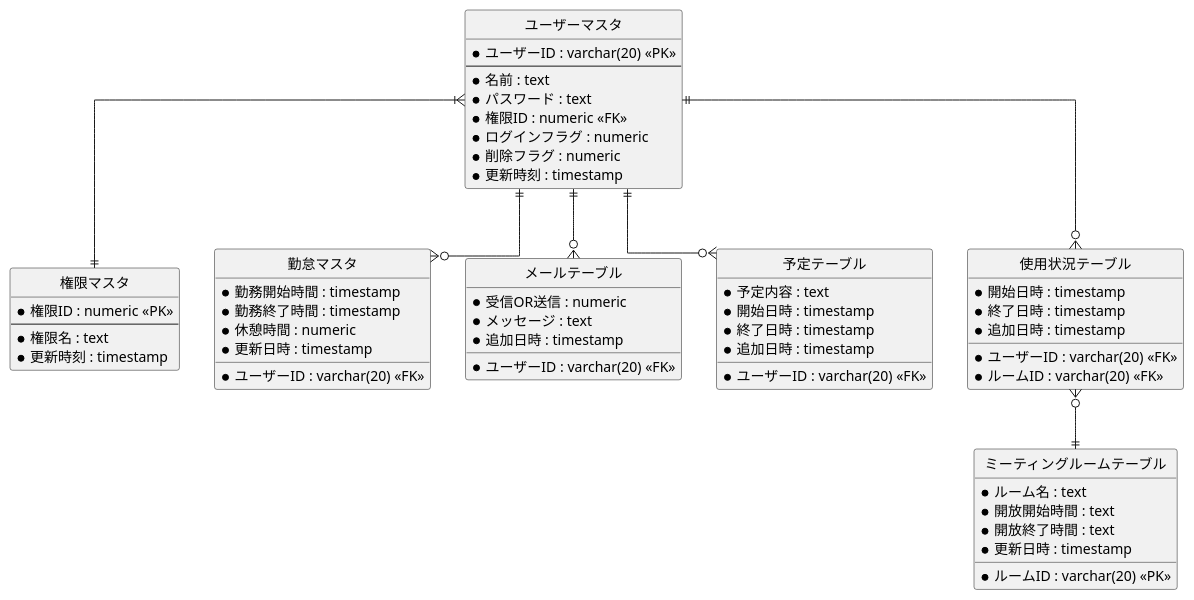
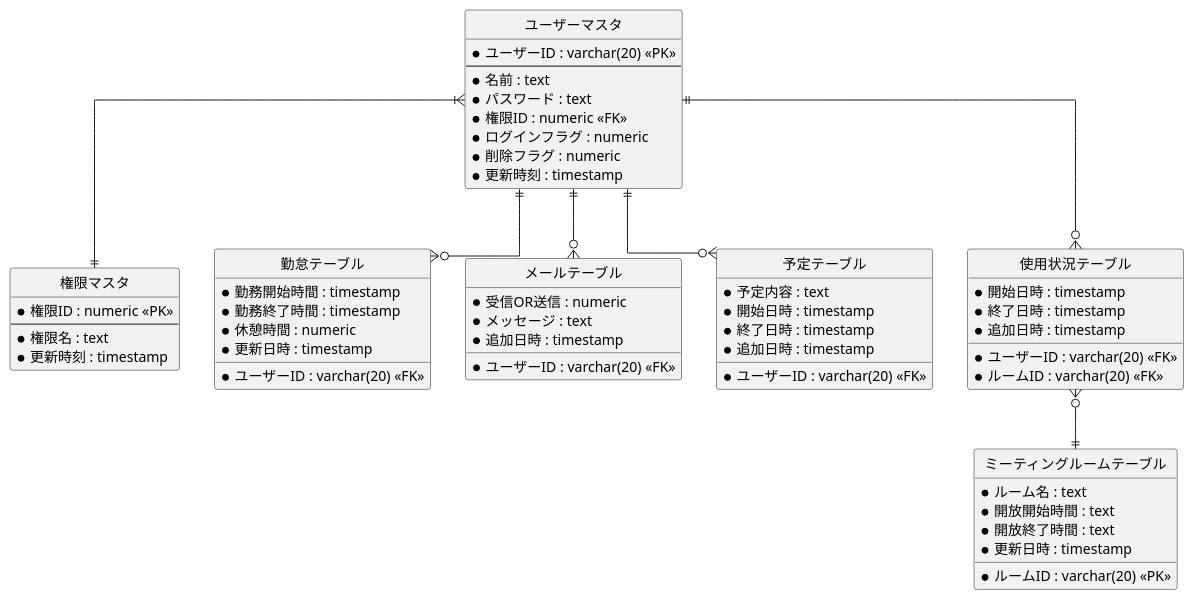
The diagram in ER図/ER図.pu (R-SAIKI/practiceUML), drawn with PlantUML before and after one commit. The commit also changed 9 other files, not shown here.

```diff
--- a/ER図/ER図.pu
+++ b/ER図/ER図.pu
@@ -1,73 +1,73 @@
 @startuml
 
 ' hide the spot
 hide circle
 
 ' avoid problems with angled crows feet
 skinparam linetype ortho
 
 entity "ユーザーマスタ" as user {
   *ユーザーID : varchar(20) <<PK>>
   --
   *名前 : text
   *パスワード : text
   *権限ID : numeric <<FK>>
   *ログインフラグ : numeric
   *削除フラグ : numeric
   *更新時刻 : timestamp
 }
 
 entity "権限マスタ" as auth {
   *権限ID : numeric <<PK>> 
   --
   *権限名 : text
   *更新時刻 : timestamp
 }
 
-entity "勤怠マスタ" as attend {
+entity "勤怠テーブル" as attend {
   *ユーザーID : varchar(20) <<FK>>
   *勤務開始時間 : timestamp
   *勤務終了時間 : timestamp 
   *休憩時間 : numeric
   *更新日時 : timestamp
 }
 
 entity "メールテーブル" as mail {
   *ユーザーID : varchar(20) <<FK>>
   *受信OR送信 : numeric
   *メッセージ : text
   *追加日時 : timestamp
 }
 
 entity "予定テーブル" as plan {
   *ユーザーID : varchar(20) <<FK>>
   *予定内容 : text
   *開始日時 : timestamp
   *終了日時 : timestamp 
   *追加日時 : timestamp
 }
 
 entity "ミーティングルームテーブル" as meeting {
   *ルームID : varchar(20) <<PK>>
   *ルーム名 : text 
   *開放開始時間 : text
   *開放終了時間 : text
   *更新日時 : timestamp
 }
 
 entity "使用状況テーブル" as use {
   *ユーザーID : varchar(20) <<FK>>
   *ルームID : varchar(20) <<FK>>
   *開始日時 : timestamp
   *終了日時 : timestamp 
   *追加日時 : timestamp
 }
 
 user }|--|| auth
 user ||--o{ attend
 user ||--o{ mail
 user ||--o{ plan
 user ||--o{ use
 use }o--|| meeting
 
 @enduml
```
